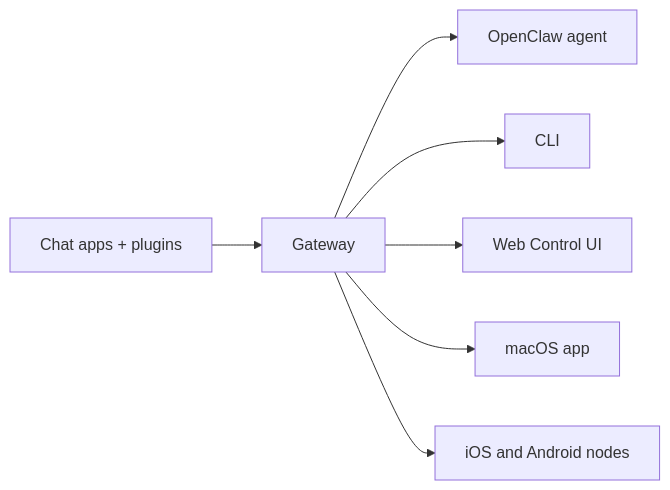
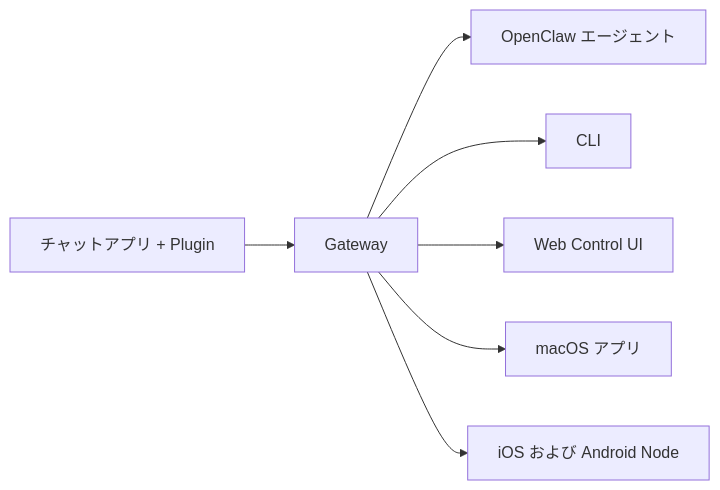
Before and after one commit to openclaw/docs: the diagram in docs/ja-JP/index.md, drawn with Mermaid. The commit also changed other lines of this file and 6121 other files, not shown here.

````diff
--- a/docs/ja-JP/index.md
+++ b/docs/ja-JP/index.md
@@ -113,9 +114,9 @@
 ```mermaid
 flowchart LR
-  A["Chat apps + plugins"] --> B["Gateway"]
-  B --> C["OpenClaw agent"]
+  A["チャットアプリ + Plugin"] --> B["Gateway"]
+  B --> C["OpenClaw エージェント"]
   B --> D["CLI"]
   B --> E["Web Control UI"]
-  B --> F["macOS app"]
-  B --> G["iOS and Android nodes"]
+  B --> F["macOS アプリ"]
+  B --> G["iOS および Android Node"]
 ```
````
